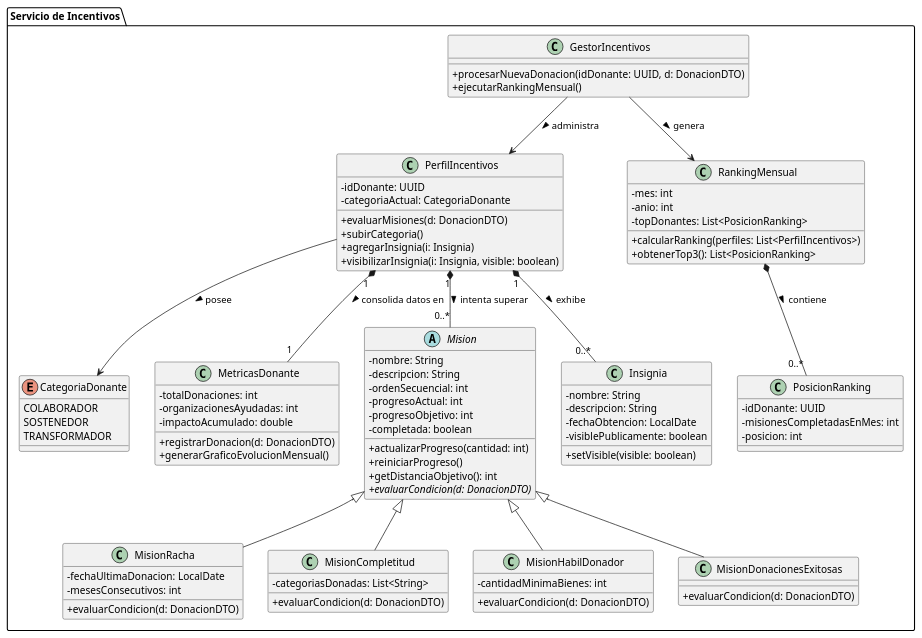
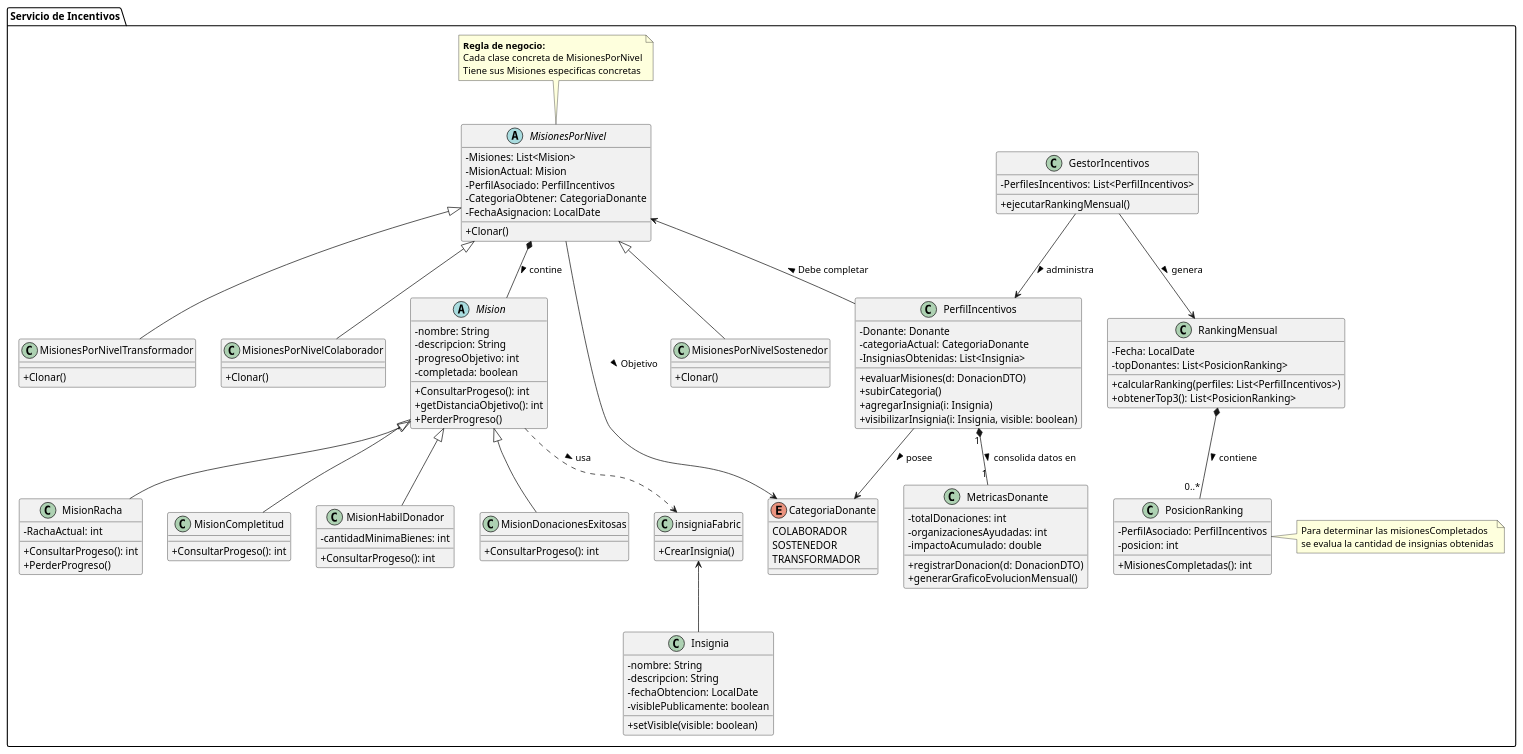
Before and after one commit to matefernandezcc/DonaTrack: the diagram in diagramas/incentivos/ServicioIncentivos.puml, drawn with PlantUML.

Commit message:
Se Agrego la clase MisionesPorNivel y InsigniaFabric

```diff
--- a/diagramas/incentivos/ServicioIncentivos.puml
+++ b/diagramas/incentivos/ServicioIncentivos.puml
@@ -1,100 +1,140 @@
 @startuml ServicioIncentivos.puml
 skinparam classAttributeIconSize 0
 
 package "Servicio de Incentivos" {
 
     enum CategoriaDonante {
         COLABORADOR
         SOSTENEDOR
         TRANSFORMADOR
     }
 
     class GestorIncentivos {
-        + procesarNuevaDonacion(idDonante: UUID, d: DonacionDTO)
+        - PerfilesIncentivos: List<PerfilIncentivos>
         + ejecutarRankingMensual()
     }
 
     class PerfilIncentivos {
-        - idDonante: UUID
+        - Donante: Donante
         - categoriaActual: CategoriaDonante
+        - InsigniasObtenidas: List<Insignia>
         + evaluarMisiones(d: DonacionDTO)
         + subirCategoria()
         + agregarInsignia(i: Insignia)
         + visibilizarInsignia(i: Insignia, visible: boolean)
     }
 
     class MetricasDonante {
         - totalDonaciones: int
         - organizacionesAyudadas: int
         - impactoAcumulado: double
         + registrarDonacion(d: DonacionDTO)
         + generarGraficoEvolucionMensual()
     }
 
+    abstract class MisionesPorNivel{
+        - Misiones: List<Mision>
+        - MisionActual: Mision
+        - PerfilAsociado: PerfilIncentivos
+        - CategoriaObtener: CategoriaDonante
+        - FechaAsignacion: LocalDate
+        + Clonar()
+    }
+    
+    note top of MisionesPorNivel
+    **Regla de negocio:**
+    Cada clase concreta de MisionesPorNivel
+    Tiene sus Misiones especificas concretas
+    end note
+
+    class MisionesPorNivelSostenedor extends MisionesPorNivel{
+        + Clonar()
+    }
+
+    class MisionesPorNivelTransformador extends MisionesPorNivel{
+        + Clonar()
+    }
+
+    class MisionesPorNivelColaborador extends MisionesPorNivel{
+        + Clonar()
+    }
+
     abstract class Mision {
         - nombre: String
         - descripcion: String
-        - ordenSecuencial: int
-        - progresoActual: int
         - progresoObjetivo: int
         - completada: boolean
-        + actualizarProgreso(cantidad: int)
-        + reiniciarProgreso()
+        + ConsultarProgeso(): int
         + getDistanciaObjetivo(): int
-        {abstract} + evaluarCondicion(d: DonacionDTO)
+        + PerderProgreso()
     }
 
     class MisionRacha extends Mision {
-        - fechaUltimaDonacion: LocalDate
-        - mesesConsecutivos: int
-        + evaluarCondicion(d: DonacionDTO)
+        - RachaActual: int
+        + ConsultarProgeso(): int
+        + PerderProgreso()
     }
 
     class MisionCompletitud extends Mision {
-        - categoriasDonadas: List<String>
-        + evaluarCondicion(d: DonacionDTO)
+        + ConsultarProgeso(): int
     }
 
     class MisionHabilDonador extends Mision {
         - cantidadMinimaBienes: int
-        + evaluarCondicion(d: DonacionDTO)
+        + ConsultarProgeso(): int
     }
 
     class MisionDonacionesExitosas extends Mision {
-        + evaluarCondicion(d: DonacionDTO)
+        + ConsultarProgeso(): int
     }
+
+    
+    Class insigniaFabric{
+        +CrearInsignia()
+    }
+
 
     class Insignia {
         - nombre: String
         - descripcion: String
         - fechaObtencion: LocalDate
         - visiblePublicamente: boolean
         + setVisible(visible: boolean)
     }
 
     class RankingMensual {
-        - mes: int
-        - anio: int
+        - Fecha: LocalDate
         - topDonantes: List<PosicionRanking>
         + calcularRanking(perfiles: List<PerfilIncentivos>)
         + obtenerTop3(): List<PosicionRanking>
     }
 
     class PosicionRanking {
-        - idDonante: UUID
-        - misionesCompletadasEnMes: int
+        - PerfilAsociado: PerfilIncentivos
         - posicion: int
+        + MisionesCompletadas(): int
     }
+
+    note right of PosicionRanking
+    Para determinar las misionesCompletados
+    se evalua la cantidad de insignias obtenidas
+    end note
 
     ' Relaciones
     GestorIncentivos --> RankingMensual : genera >
     GestorIncentivos --> PerfilIncentivos : administra >
 
+    MisionesPorNivel *-- Mision : contine >
+    MisionesPorNivel --> CategoriaDonante : Objetivo >
+    MisionesPorNivel <-- PerfilIncentivos : Debe completar <
+
+    Mision ..> insigniaFabric : usa >
+
+    insigniaFabric <-- Insignia
+
     PerfilIncentivos "1" *-- "1" MetricasDonante : consolida datos en >
-    PerfilIncentivos "1" *-- "0..*" Mision : intenta superar >
-    PerfilIncentivos "1" *-- "0..*" Insignia : exhibe >
     PerfilIncentivos --> CategoriaDonante : posee >
 
     RankingMensual *-- "0..*" PosicionRanking : contiene >
 }
 @enduml
```
